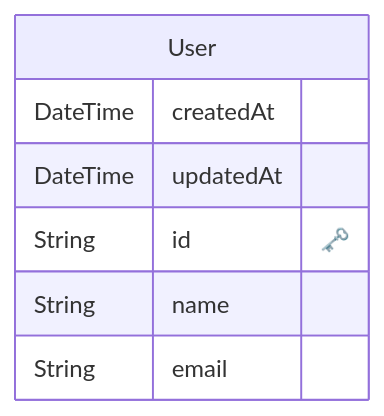
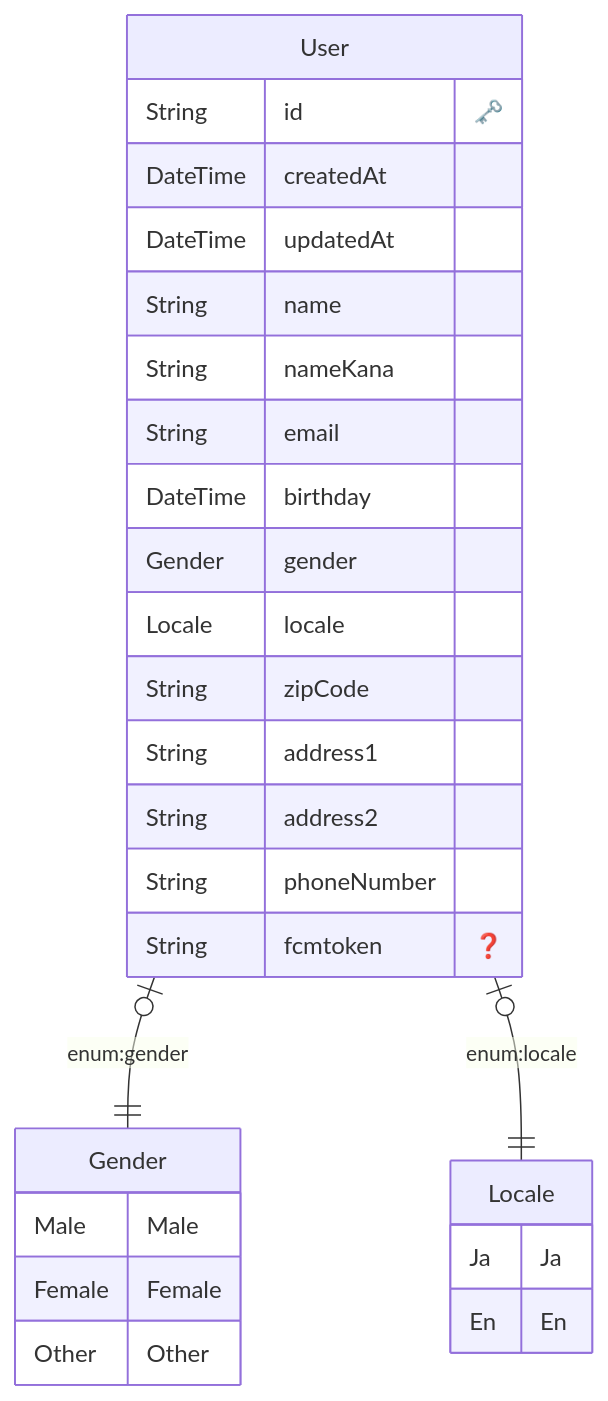
The diagram in apps/backend/src/prisma/ERD.md (yusakurai/license-auth), drawn with Mermaid before and after one commit. The commit also changed 6 other files, not shown here.

````diff
--- a/apps/backend/src/prisma/ERD.md
+++ b/apps/backend/src/prisma/ERD.md
@@ -1,12 +1,36 @@
 ```mermaid
 erDiagram
 
+        Gender {
+            Male Male
+Female Female
+Other Other
+        }
+    
+
+
+        Locale {
+            Ja Ja
+En En
+        }
+    
   "User" {
+    String id "🗝️"
     DateTime createdAt 
     DateTime updatedAt 
-    String id "🗝️"
     String name 
+    String nameKana 
     String email 
+    DateTime birthday 
+    Gender gender 
+    Locale locale 
+    String zipCode 
+    String address1 
+    String address2 
+    String phoneNumber 
+    String fcmtoken "❓"
     }
   
+    "User" o|--|| "Gender" : "enum:gender"
+    "User" o|--|| "Locale" : "enum:locale"
 ```
````
